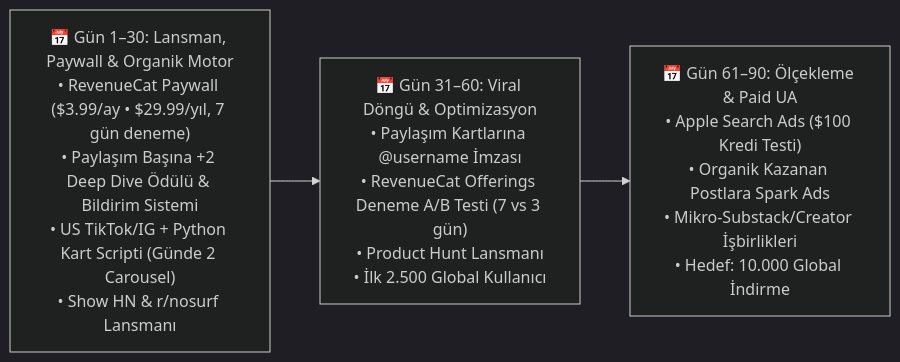
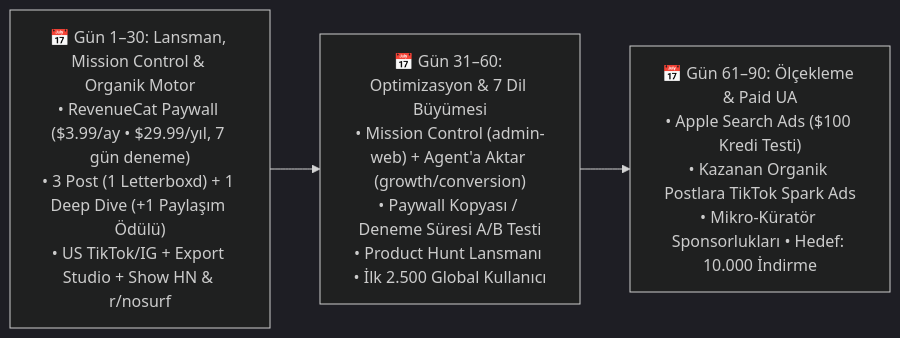
Before and after one commit to kuzeysinay/omakase: the second of 2 diagrams in docs/pazarlama_ve_dagitim_stratejisi.md, drawn with Mermaid (dark theme). The commit also changed other lines of this file and 6 other files, not shown here.

````diff
--- a/docs/pazarlama_ve_dagitim_stratejisi.md
+++ b/docs/pazarlama_ve_dagitim_stratejisi.md
@@ -194,5 +151,5 @@
 ```mermaid
 flowchart LR
-    P1["📅 Gün 1–30: Lansman, Paywall & Organik Motor<br/>• RevenueCat Paywall ($3.99/ay • $29.99/yıl, 7 gün deneme)<br/>• Paylaşım Başına +2 Deep Dive Ödülü & Bildirim Sistemi<br/>• US TikTok/IG + Python Kart Scripti (Günde 2 Carousel)<br/>• Show HN & r/nosurf Lansmanı"] --> P2["📅 Gün 31–60: Viral Döngü & Optimizasyon<br/>• Paylaşım Kartlarına @username İmzası<br/>• RevenueCat Offerings Deneme A/B Testi (7 vs 3 gün)<br/>• Product Hunt Lansmanı<br/>• İlk 2.500 Global Kullanıcı"]
-    P2 --> P3["📅 Gün 61–90: Ölçekleme & Paid UA<br/>• Apple Search Ads ($100 Kredi Testi)<br/>• Organik Kazanan Postlara Spark Ads<br/>• Mikro-Substack/Creator İşbirlikleri<br/>• Hedef: 10.000 Global İndirme"]
+    P1["📅 Gün 1–30: Lansman, Mission Control & Organik Motor<br/>• RevenueCat Paywall ($3.99/ay • $29.99/yıl, 7 gün deneme)<br/>• 3 Post (1 Letterboxd) + 1 Deep Dive (+1 Paylaşım Ödülü)<br/>• US TikTok/IG + Export Studio + Show HN & r/nosurf"] --> P2["📅 Gün 31–60: Optimizasyon & 7 Dil Büyümesi<br/>• Mission Control (admin-web) + Agent'a Aktar (growth/conversion)<br/>• Paywall Kopyası / Deneme Süresi A/B Testi<br/>• Product Hunt Lansmanı • İlk 2.500 Global Kullanıcı"]
+    P2 --> P3["📅 Gün 61–90: Ölçekleme & Paid UA<br/>• Apple Search Ads ($100 Kredi Testi)<br/>• Kazanan Organik Postlara TikTok Spark Ads<br/>• Mikro-Küratör Sponsorlukları • Hedef: 10.000 İndirme"]
 ```
````
